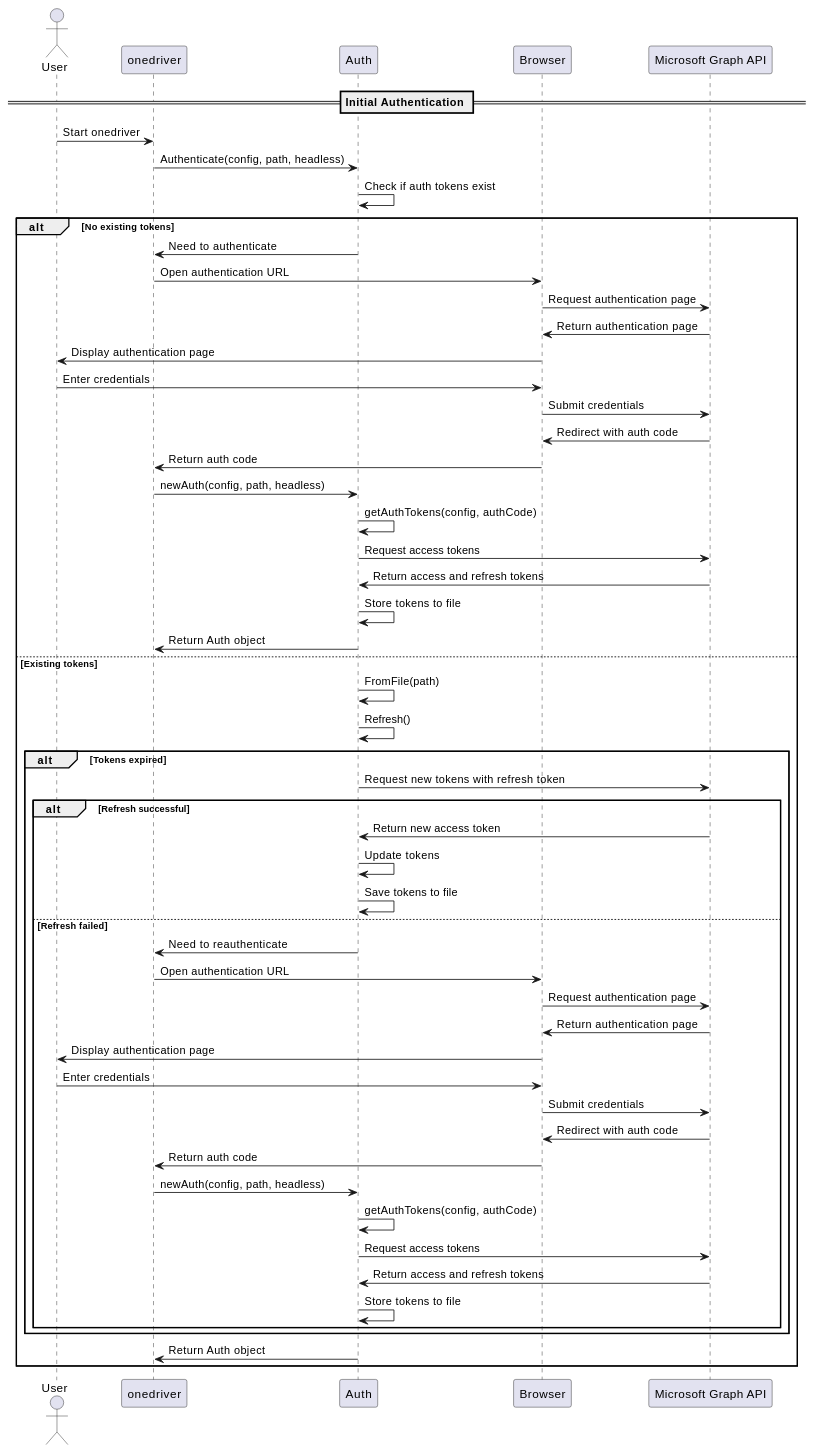
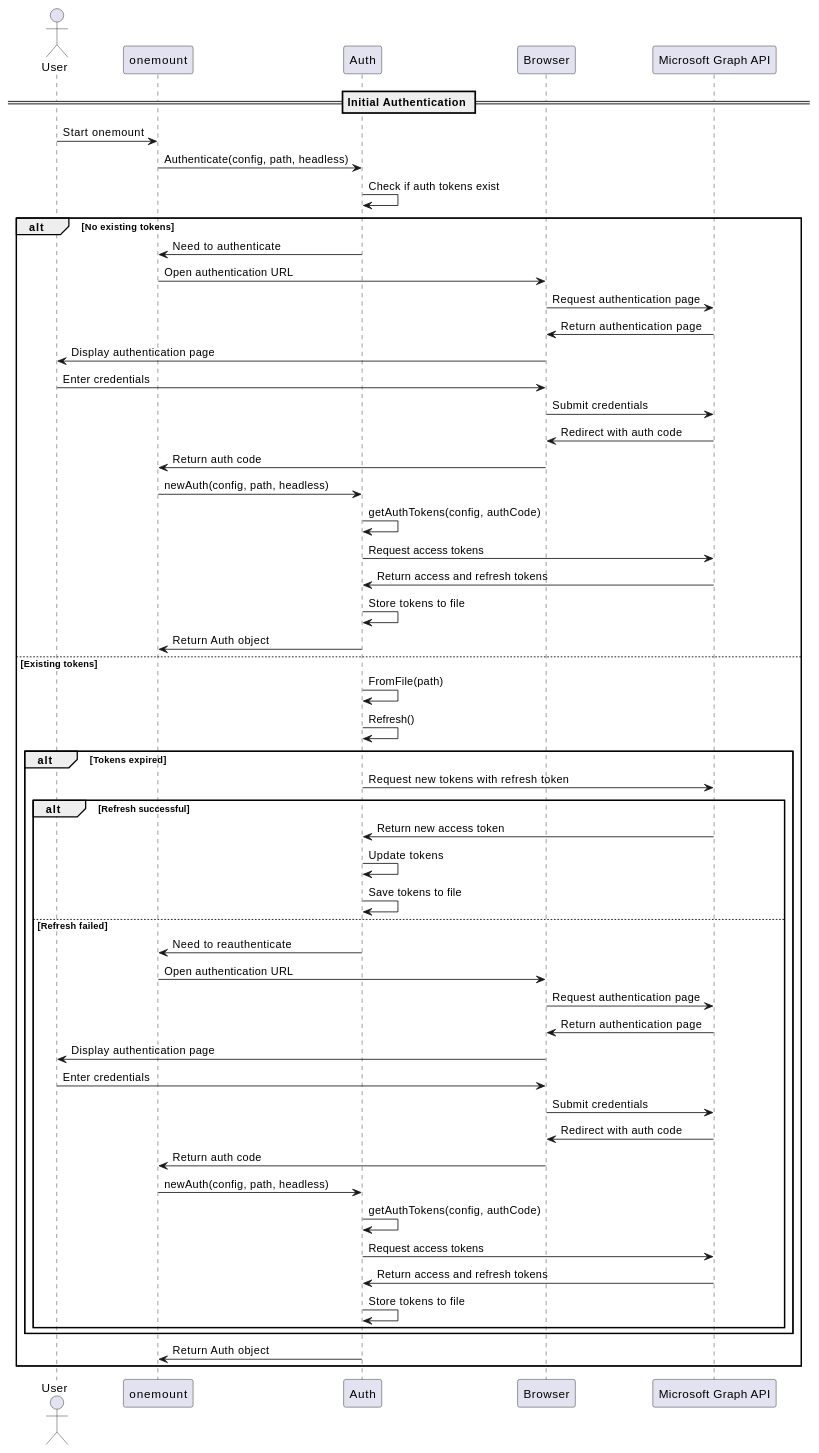
Before and after one commit to Auriora/OneMount: the fourth of 6 diagrams in docs/design/software-design-specification.md, drawn with PlantUML. The commit also changed other lines of this file and 140 other files, not shown here.

````diff
--- a/docs/design/software-design-specification.md
+++ b/docs/design/software-design-specification.md
@@ -309,63 +309,63 @@
 ```plantuml
 @startuml
 actor User
-participant "onedriver" as App
+participant "onemount" as App
 participant "Auth" as Auth
 participant "Browser" as Browser
 participant "Microsoft Graph API" as API
 
 == Initial Authentication ==
 
-User -> App: Start onedriver
+User -> App: Start onemount
 App -> Auth: Authenticate(config, path, headless)
 Auth -> Auth: Check if auth tokens exist
 
 alt No existing tokens
     Auth -> App: Need to authenticate
     App -> Browser: Open authentication URL
     Browser -> API: Request authentication page
     API -> Browser: Return authentication page
     Browser -> User: Display authentication page
     User -> Browser: Enter credentials
     Browser -> API: Submit credentials
     API -> Browser: Redirect with auth code
     Browser -> App: Return auth code
     App -> Auth: newAuth(config, path, headless)
     Auth -> Auth: getAuthTokens(config, authCode)
     Auth -> API: Request access tokens
     API -> Auth: Return access and refresh tokens
     Auth -> Auth: Store tokens to file
     Auth -> App: Return Auth object
 else Existing tokens
     Auth -> Auth: FromFile(path)
     Auth -> Auth: Refresh()
 
     alt Tokens expired
         Auth -> API: Request new tokens with refresh token
 
         alt Refresh successful
             API -> Auth: Return new access token
             Auth -> Auth: Update tokens
             Auth -> Auth: Save tokens to file
         else Refresh failed
             Auth -> App: Need to reauthenticate
             App -> Browser: Open authentication URL
             Browser -> API: Request authentication page
             API -> Browser: Return authentication page
             Browser -> User: Display authentication page
             User -> Browser: Enter credentials
             Browser -> API: Submit credentials
             API -> Browser: Redirect with auth code
             Browser -> App: Return auth code
             App -> Auth: newAuth(config, path, headless)
             Auth -> Auth: getAuthTokens(config, authCode)
             Auth -> API: Request access tokens
             API -> Auth: Return access and refresh tokens
             Auth -> Auth: Store tokens to file
         end
     end
 
     Auth -> App: Return Auth object
 end
 @enduml
 ```
````
